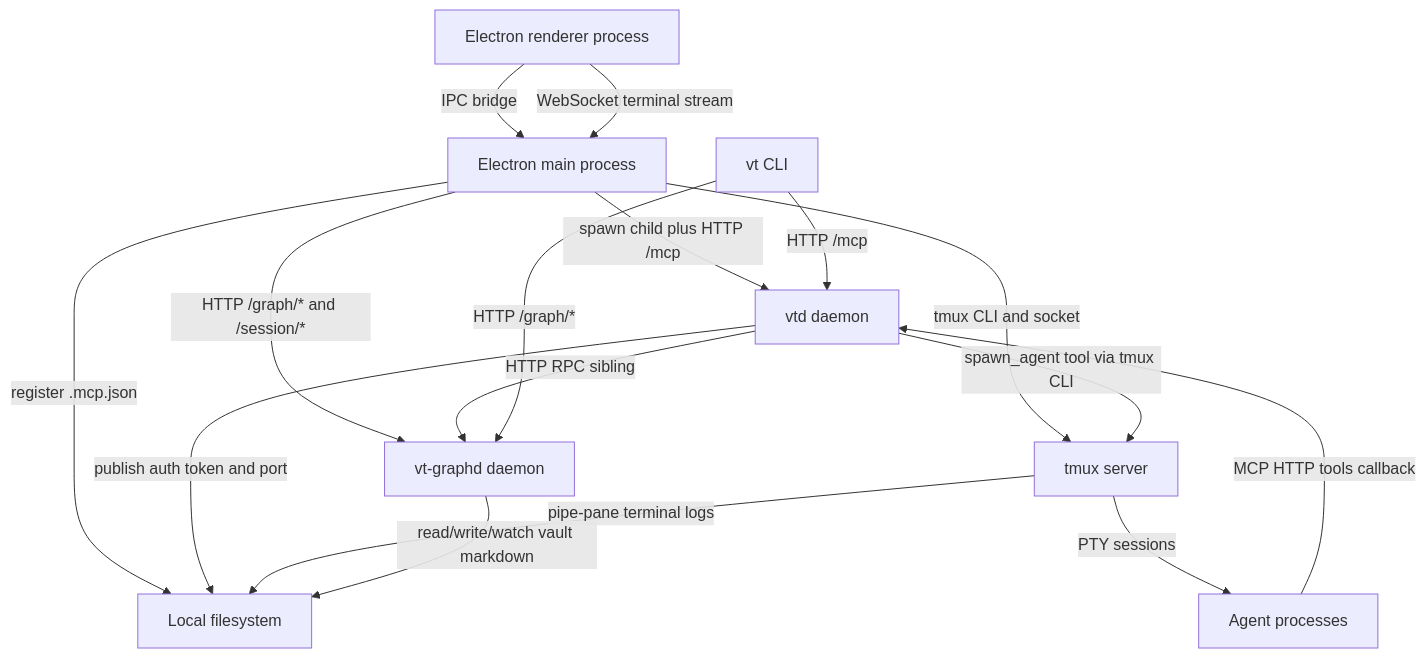
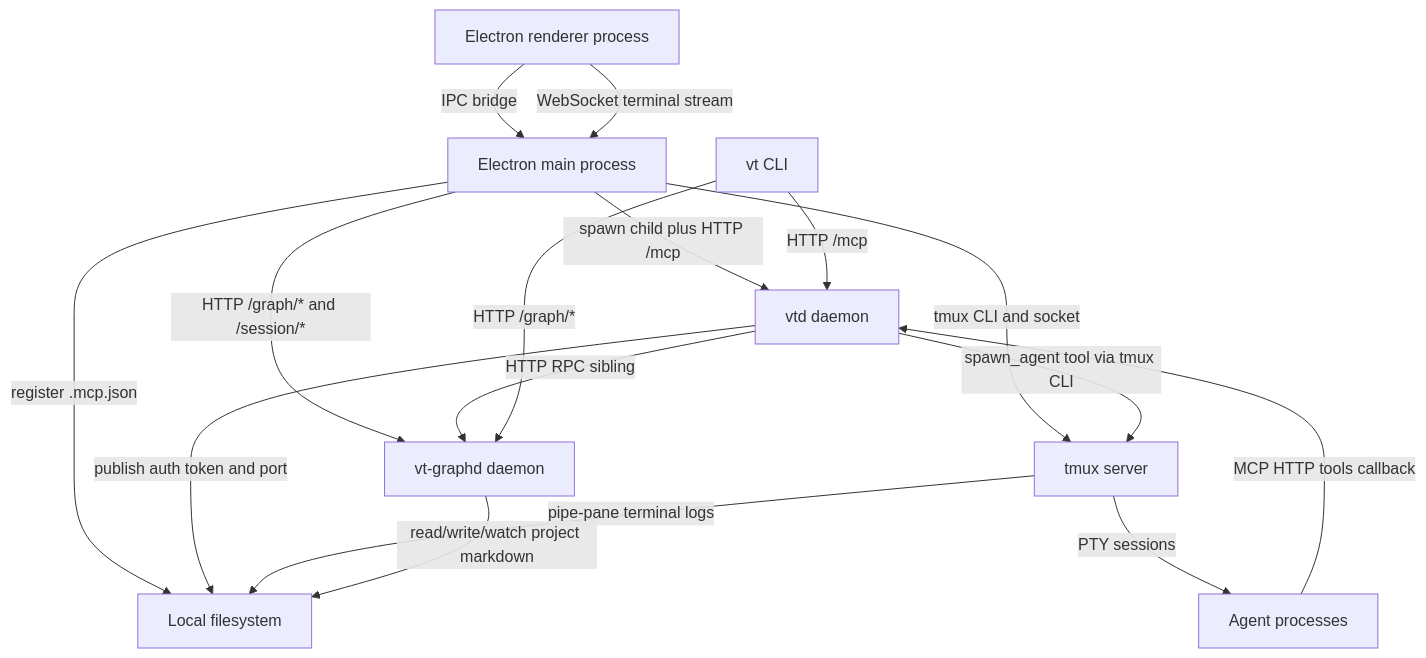
The diagram in architecture.md (voicetreelab/voicetree), drawn with Mermaid before and after one commit. The commit also changed 1020 other files, not shown here.

````diff
--- a/architecture.md
+++ b/architecture.md
@@ -5,36 +5,36 @@
 ```mermaid
 flowchart TD
   filesystem[Local filesystem]
   electronMain[Electron main process]
   electronRenderer[Electron renderer process]
   vtd[vtd daemon]
   graphd[vt-graphd daemon]
   tmuxServer[tmux server]
   vtCli[vt CLI]
   agentProcesses[Agent processes]
 
   electronRenderer -->|IPC bridge| electronMain
   electronRenderer -->|WebSocket terminal stream| electronMain
   electronMain -->|HTTP /graph/* and /session/*| graphd
   electronMain -->|spawn child plus HTTP /mcp| vtd
   electronMain -->|tmux CLI and socket| tmuxServer
   electronMain -->|register .mcp.json| filesystem
   vtd -->|HTTP RPC sibling| graphd
   vtd -->|spawn_agent tool via tmux CLI| tmuxServer
   vtd -->|publish auth token and port| filesystem
   vtCli -->|HTTP /mcp| vtd
   vtCli -->|HTTP /graph/*| graphd
   tmuxServer -->|PTY sessions| agentProcesses
   tmuxServer -->|pipe-pane terminal logs| filesystem
   agentProcesses -->|MCP HTTP tools callback| vtd
-  graphd -->|read/write/watch vault markdown| filesystem
+  graphd -->|read/write/watch project markdown| filesystem
 
   click filesystem "."
   click electronMain "webapp/src/shell/edge/main/runtime/electron/app/main.ts"
   click electronRenderer "webapp/src/shell/UI/App.tsx"
   click graphd "packages/systems/graph-db-server/bin/vt-graphd.ts"
   click vtd "packages/systems/vt-daemon/bin/vtd.ts"
   click tmuxServer "packages/systems/vt-daemon/src/agent-runtime/terminals/tmux"
   click vtCli "packages/systems/voicetree-cli/bin/vt"
   click agentProcesses "packages/systems/vt-daemon/src/agent-runtime/spawn"
 ```
````
